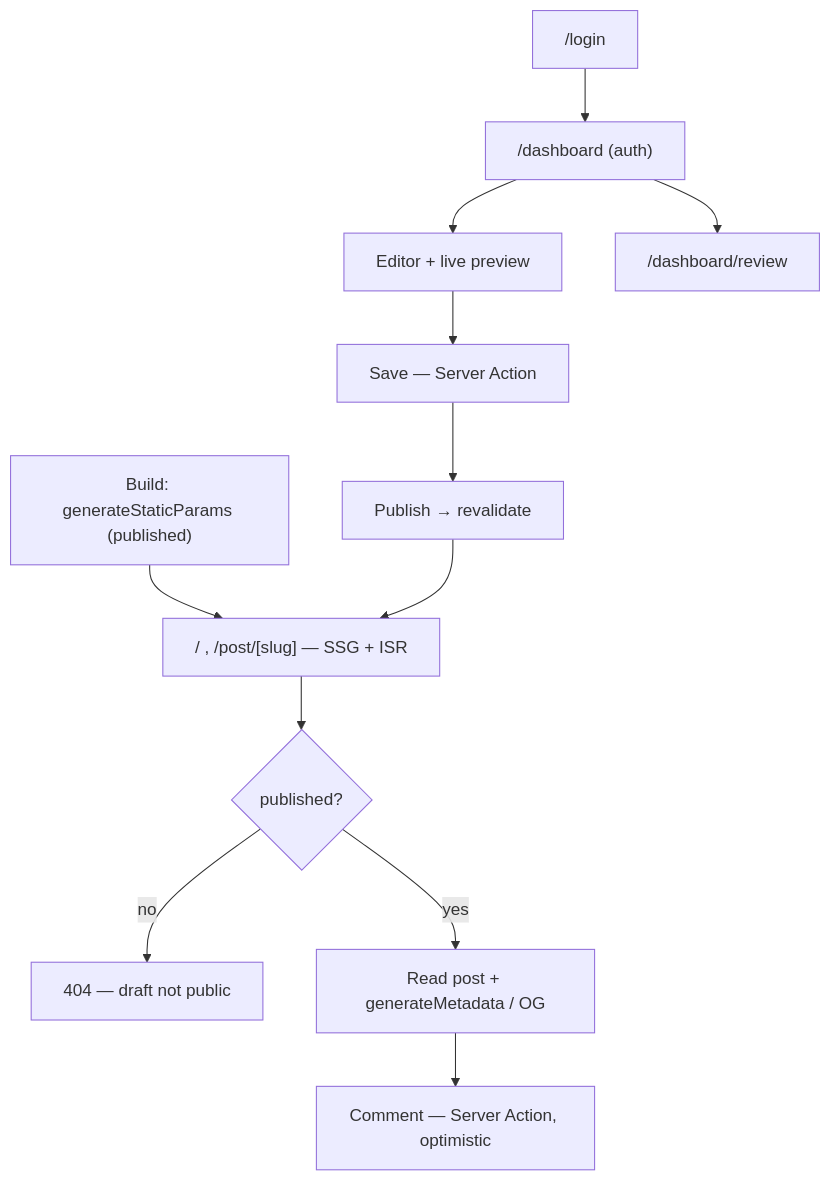
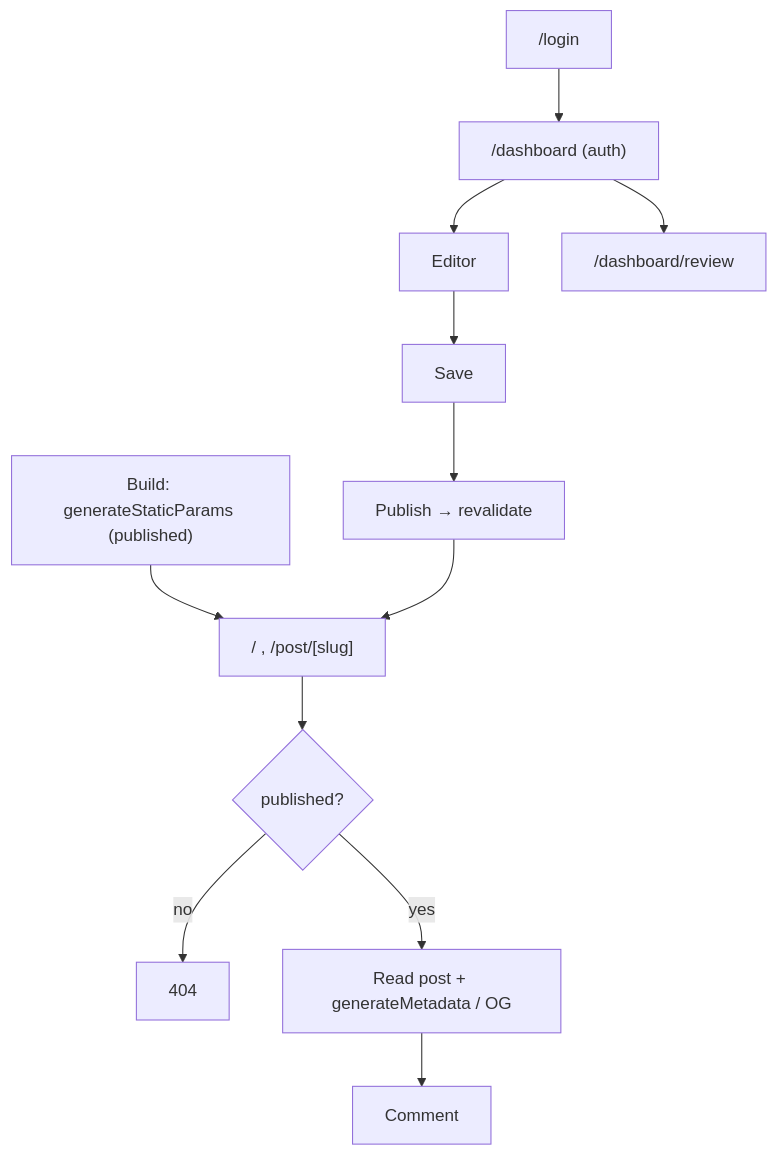
The diagram in projects/blog/middle/flow.md (trungnd-voyager/training), drawn with Mermaid before and after one commit. The commit also changed 11 other files, not shown here.

Commit message:
Update evaluation and flow documentation for blog and admin

````diff
--- a/projects/blog/middle/flow.md
+++ b/projects/blog/middle/flow.md
@@ -5,12 +5,12 @@
 ```mermaid
 flowchart TD
-  Build["Build: generateStaticParams (published)"] --> Pub["/ , /post/[slug] — SSG + ISR"]
+  Build["Build: generateStaticParams (published)"] --> Pub["/ , /post/[slug]"]
   Pub --> Vis{"published?"}
-  Vis -- no --> NF["404 — draft not public"]
+  Vis -- no --> NF["404"]
   Vis -- yes --> Read["Read post + generateMetadata / OG"]
-  Read --> Cm["Comment — Server Action, optimistic"]
+  Read --> Cm["Comment"]
   Login["/login"] --> Dash["/dashboard (auth)"]
-  Dash --> Ed["Editor + live preview"] --> SA["Save — Server Action"]
+  Dash --> Ed["Editor"] --> SA["Save"]
   SA --> Publish["Publish → revalidate"] --> Pub
   Dash --> Rev["/dashboard/review"]
 ```
````
